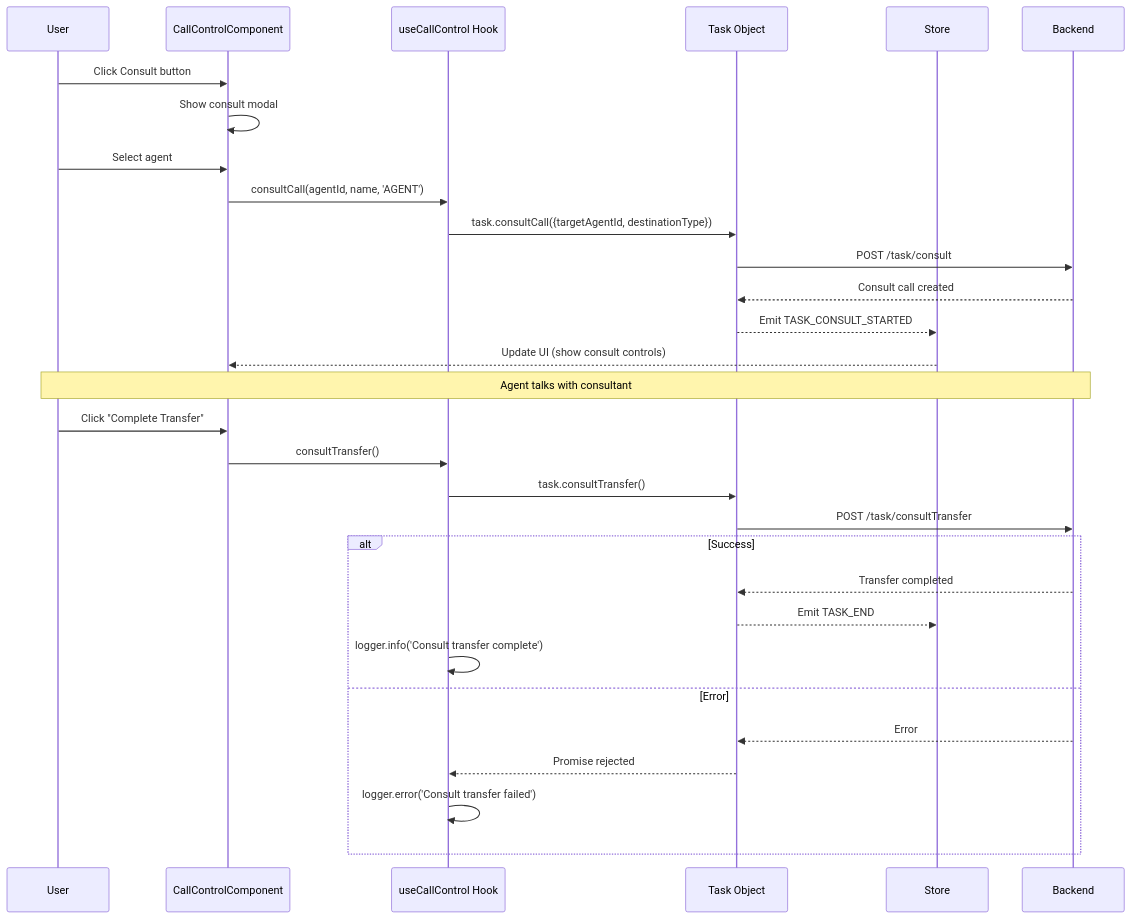
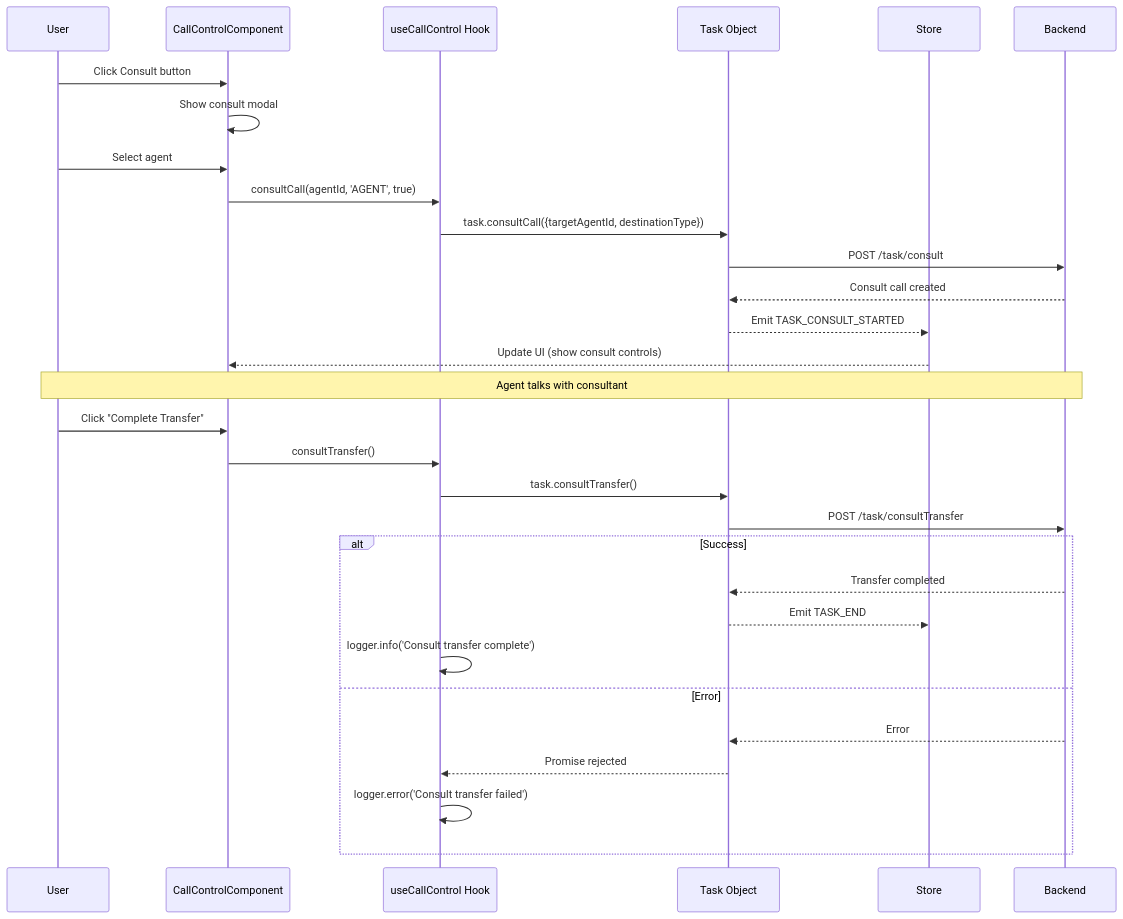
Before and after one commit to webex/widgets: the fourth of 7 diagrams in packages/contact-center/task/ai-docs/widgets/CallControl/ARCHITECTURE.md, drawn with Mermaid. The commit also changed other lines of this file and 6 other files, not shown here.

````diff
--- a/packages/contact-center/task/ai-docs/widgets/CallControl/ARCHITECTURE.md
+++ b/packages/contact-center/task/ai-docs/widgets/CallControl/ARCHITECTURE.md
@@ -147,35 +153,35 @@
 ```mermaid
 sequenceDiagram
     participant U as User
     participant C as CallControlComponent
     participant H as useCallControl Hook
     participant T as Task Object
     participant S as Store
     participant B as Backend
-    
+
     U->>C: Click Consult button
     C->>C: Show consult modal
     U->>C: Select agent
-    C->>H: consultCall(agentId, name, 'AGENT')
+    C->>H: consultCall(agentId, 'AGENT', true)
     H->>T: task.consultCall({targetAgentId, destinationType})
     T->>B: POST /task/consult
     B-->>T: Consult call created
     T-->>S: Emit TASK_CONSULT_STARTED
     S-->>C: Update UI (show consult controls)
-    
+
     Note over U,B: Agent talks with consultant
-    
+
     U->>C: Click "Complete Transfer"
     C->>H: consultTransfer()
     H->>T: task.consultTransfer()
     T->>B: POST /task/consultTransfer
     alt Success
         B-->>T: Transfer completed
         T-->>S: Emit TASK_END
         H->>H: logger.info('Consult transfer complete')
     else Error
         B-->>T: Error
         T-->>H: Promise rejected
         H->>H: logger.error('Consult transfer failed')
     end
 ```
````
